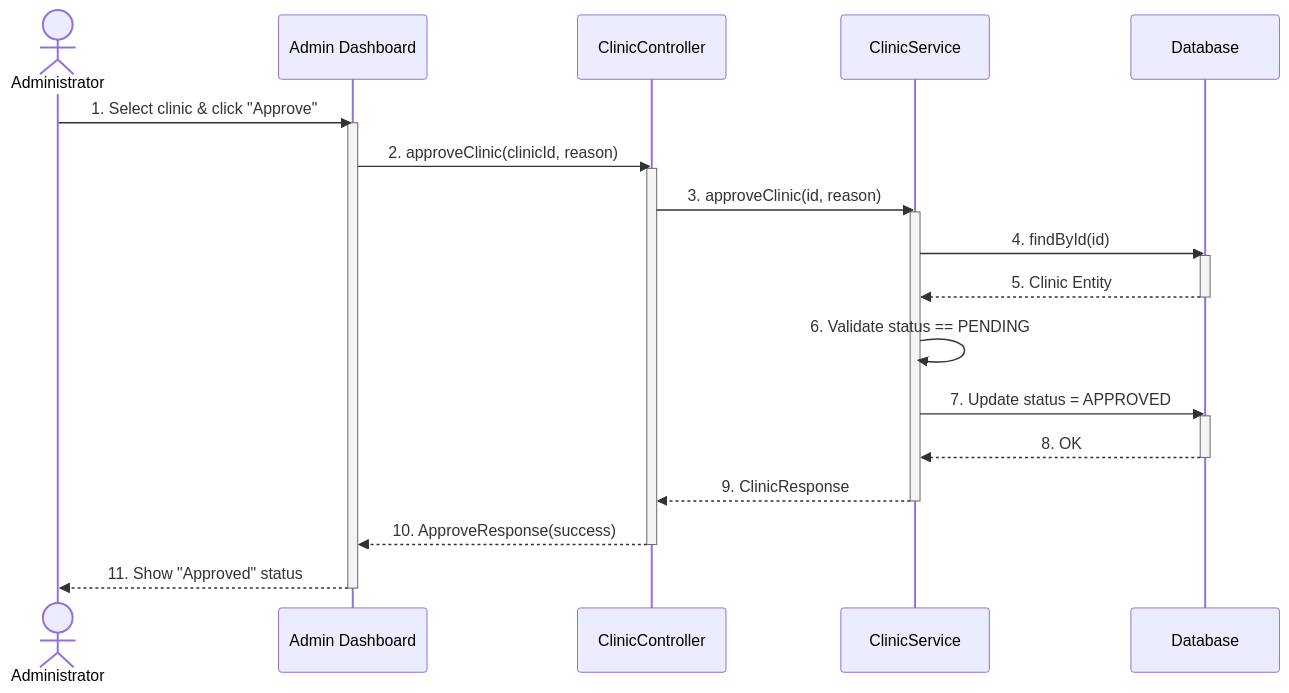
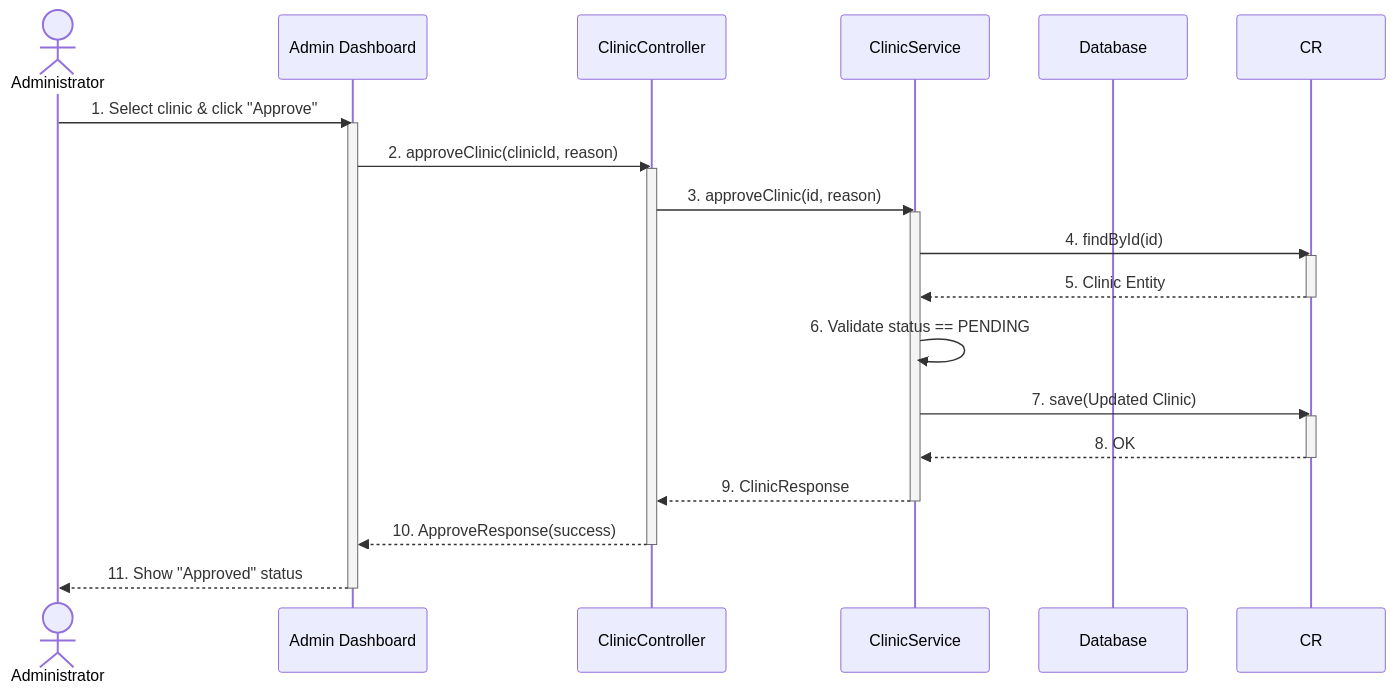
One commit to espresso23/Petties-Veterinary-Appointment-Booking-Platform changed diagram 21 of 40 in docs-references/documentation/SDD/REPORT_4_SDD_SYSTEM_DESIGN.md. Above: the diagram before and after it, drawn with Mermaid. The commit also changed other lines of this file and 132 other files, not shown here.

````diff
--- a/docs-references/documentation/SDD/REPORT_4_SDD_SYSTEM_DESIGN.md
+++ b/docs-references/documentation/SDD/REPORT_4_SDD_SYSTEM_DESIGN.md
@@ -1232,30 +1644,30 @@
 ```mermaid
 sequenceDiagram
     actor Admin as Administrator
     participant UI as Admin Dashboard
     participant CC as ClinicController
     participant CS as ClinicService
     participant DB as Database
 
     Admin->>UI: 1. Select clinic & click "Approve"
     activate UI
     UI->>CC: 2. approveClinic(clinicId, reason)
     activate CC
     CC->>CS: 3. approveClinic(id, reason)
     activate CS
-    CS->>DB: 4. findById(id)
-    activate DB
-    DB-->>CS: 5. Clinic Entity
-    deactivate DB
+    CS->>CR: 4. findById(id)
+    activate CR
+    CR-->>CS: 5. Clinic Entity
+    deactivate CR
     CS->>CS: 6. Validate status == PENDING
-    CS->>DB: 7. Update status = APPROVED
-    activate DB
-    DB-->>CS: 8. OK
-    deactivate DB
+    CS->>CR: 7. save(Updated Clinic)
+    activate CR
+    CR-->>CS: 8. OK
+    deactivate CR
     CS-->>CC: 9. ClinicResponse
     deactivate CS
     CC-->>UI: 10. ApproveResponse(success)
     deactivate CC
     UI-->>Admin: 11. Show "Approved" status
     deactivate UI
 ```
````
